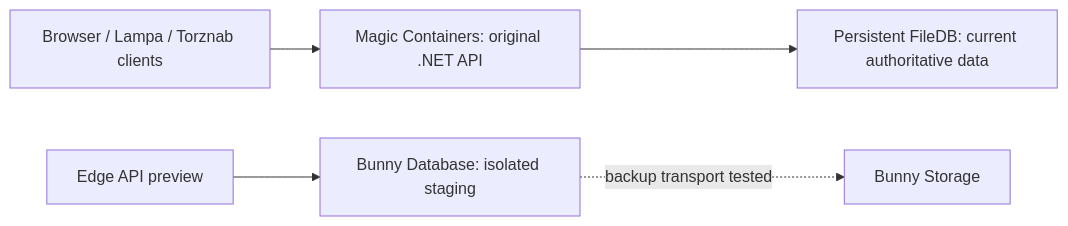
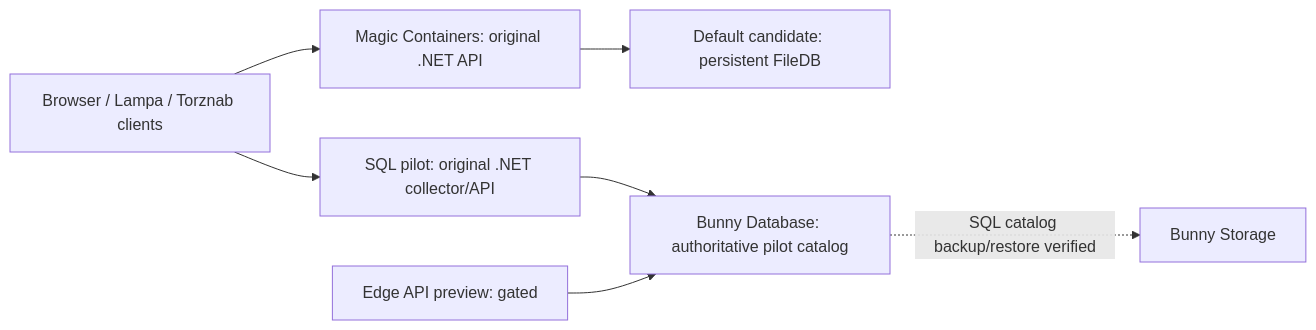
One commit to vbrekher/jacred-bunny changed the diagram in README.md. Above: the diagram before and after it, drawn with Mermaid. The commit also changed other lines of this file and 10 other files, not shown here.

Commit message:
feat: safely cut over empty staging to live SQL authority

````diff
--- a/README.md
+++ b/README.md
@@ -67,7 +67,9 @@
 ```mermaid
 flowchart LR
   Clients[Browser / Lampa / Torznab clients] --> MC[Magic Containers: original .NET API]
-  MC --> FDB[Persistent FileDB: current authoritative data]
-  Preview[Edge API preview] --> SQL[Bunny Database: isolated staging]
-  SQL -. backup transport tested .-> Storage[Bunny Storage]
+  MC --> FDB[Default candidate: persistent FileDB]
+  Clients --> Pilot[SQL pilot: original .NET collector/API]
+  Pilot --> SQL[Bunny Database: authoritative pilot catalog]
+  Preview[Edge API preview: gated] --> SQL
+  SQL -. SQL catalog backup/restore verified .-> Storage[Bunny Storage]
 ```
````
